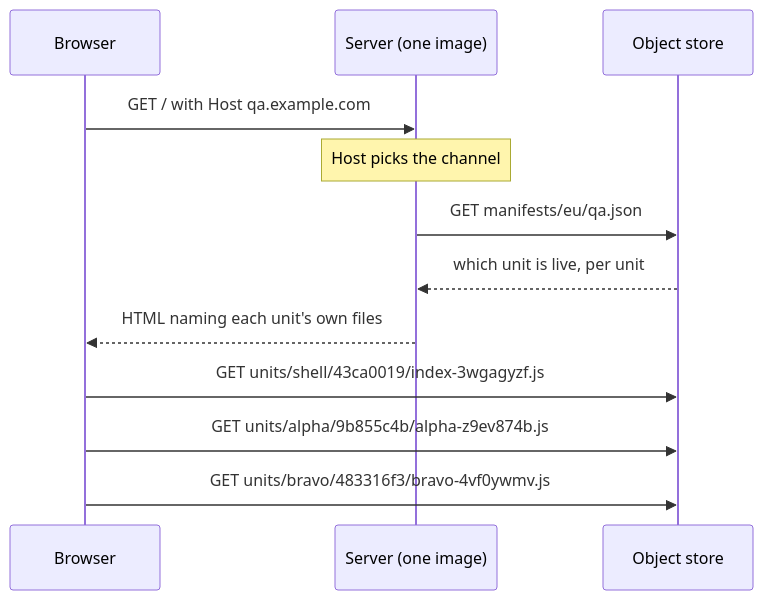
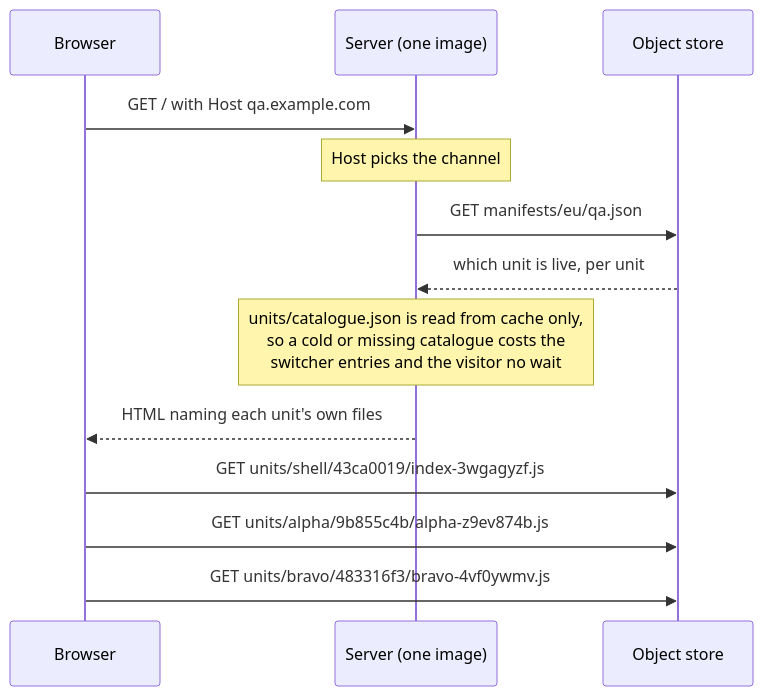
The diagram in OVERVIEW.md (AlexJeffcott/pointer-deploy), drawn with Mermaid before and after one commit. The commit also changed other lines of this file and 46 other files, not shown here.

````diff
--- a/OVERVIEW.md
+++ b/OVERVIEW.md
@@ -59,15 +61,16 @@
 ```mermaid
 sequenceDiagram
     participant B as Browser
     participant S as Server (one image)
     participant T as Object store
 
     B->>S: GET / with Host qa.example.com
     Note over S: Host picks the channel
     S->>T: GET manifests/eu/qa.json
     T-->>S: which unit is live, per unit
+    Note over S: units/catalogue.json is read from cache only,<br/>so a cold or missing catalogue costs the<br/>switcher entries and the visitor no wait
     S-->>B: HTML naming each unit's own files
     B->>T: GET units/shell/43ca0019/index-3wgagyzf.js
     B->>T: GET units/alpha/9b855c4b/alpha-z9ev874b.js
     B->>T: GET units/bravo/483316f3/bravo-4vf0ywmv.js
 ```
````
